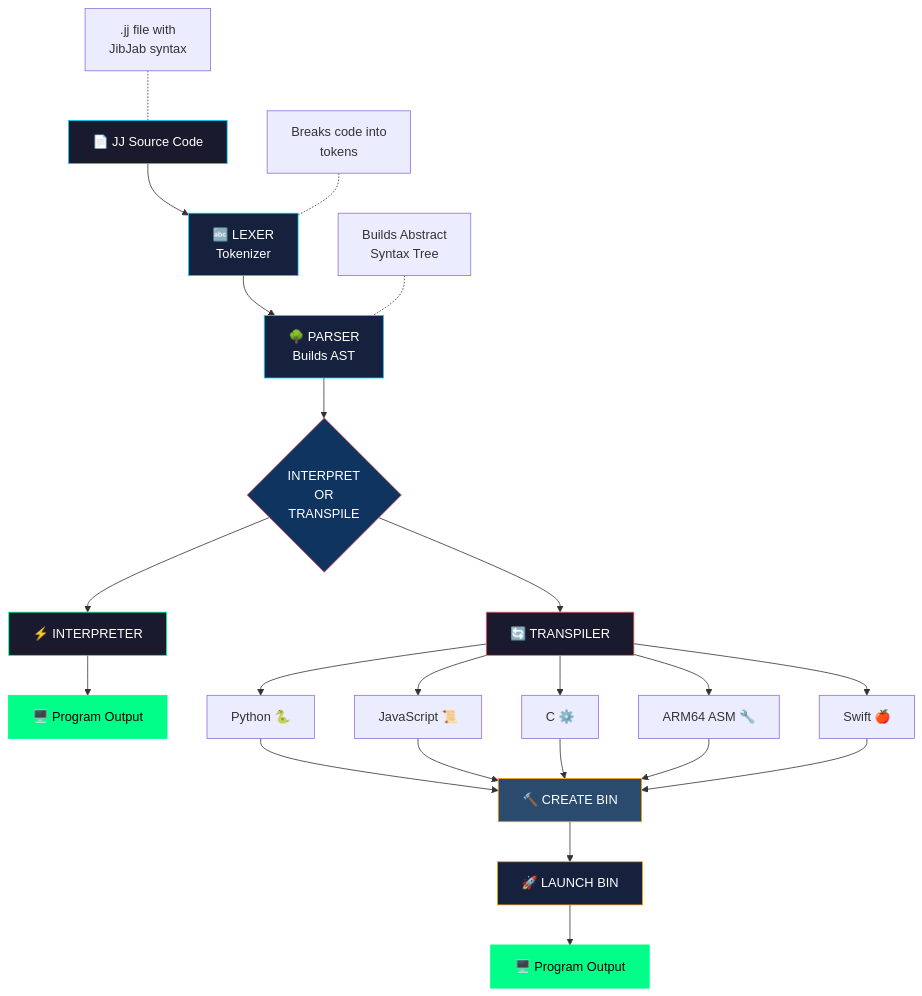
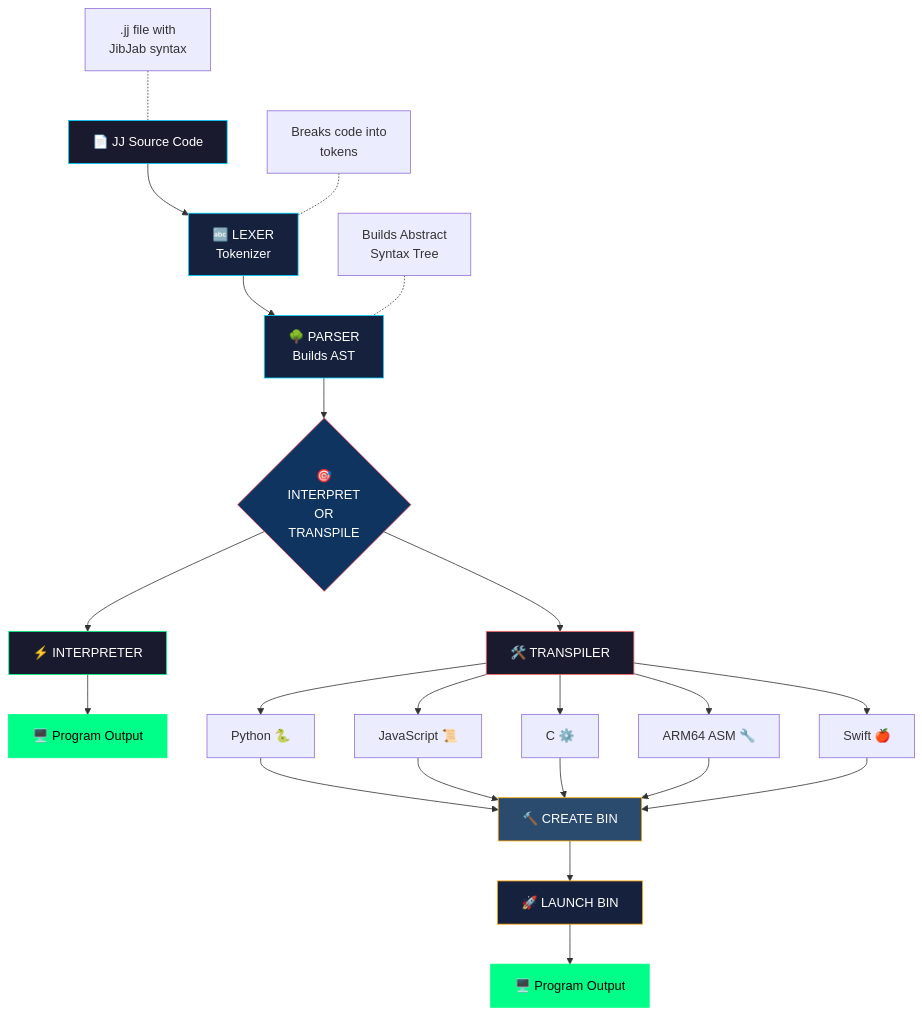
The diagram in README.md (SuperBox64/JibberJabber), drawn with Mermaid before and after one commit.

````diff
--- a/README.md
+++ b/README.md
@@ -375,40 +375,40 @@
 ```mermaid
 flowchart TD
     A[📄 JJ Source Code] --> B[🔤 LEXER<br>Tokenizer]
     B --> C[🌳 PARSER<br>Builds AST]
-    C --> D{INTERPRET<br>OR<br>TRANSPILE}
+    C --> D{🎯<br>INTERPRET<br>OR<br>TRANSPILE}
 
     A1[".jj file with<br>JibJab syntax"] -.- A
     B1["Breaks code into<br>tokens"] -.- B
     C1["Builds Abstract<br>Syntax Tree"] -.- C
 
     D --> E[⚡ INTERPRETER]
     E --> F[🖥️ Program Output]
 
-    D --> G[🔄 TRANSPILER]
+    D --> G[🛠️ TRANSPILER]
     G --> H[Python 🐍]
     G --> I[JavaScript 📜]
     G --> J[C ⚙️]
     G --> K[ARM64 ASM 🔧]
     G --> L[Swift 🍎]
 
     H --> M[🔨 CREATE BIN]
     I --> M
     J --> M
     K --> M
     L --> M
     M --> N[🚀 LAUNCH BIN]
     N --> O[🖥️ Program Output]
 
     style M fill:#2a4a6e,stroke:#ffa500,color:#fff
     style N fill:#16213e,stroke:#ffa500,color:#fff
     style O fill:#00ff88,stroke:#00ff88,color:#000
 
     style A fill:#1a1a2e,stroke:#00d4ff,color:#fff
     style B fill:#16213e,stroke:#00d4ff,color:#fff
     style C fill:#16213e,stroke:#00d4ff,color:#fff
     style D fill:#0f3460,stroke:#e94560,color:#fff
     style E fill:#1a1a2e,stroke:#00ff88,color:#fff
     style F fill:#00ff88,stroke:#00ff88,color:#000
     style G fill:#1a1a2e,stroke:#ff6b6b,color:#fff
 ```
````
